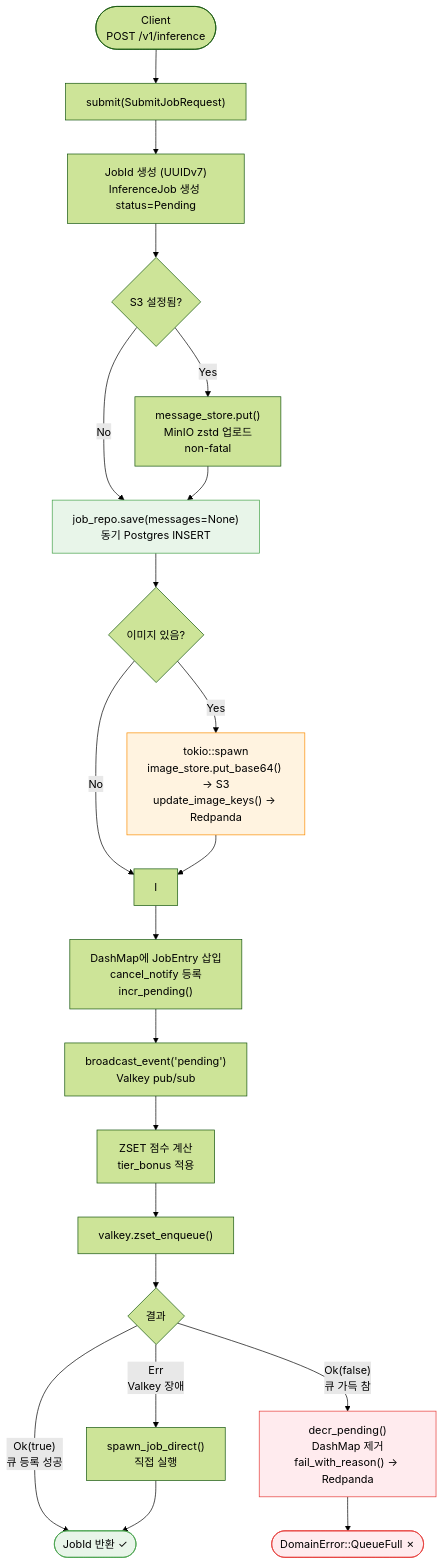
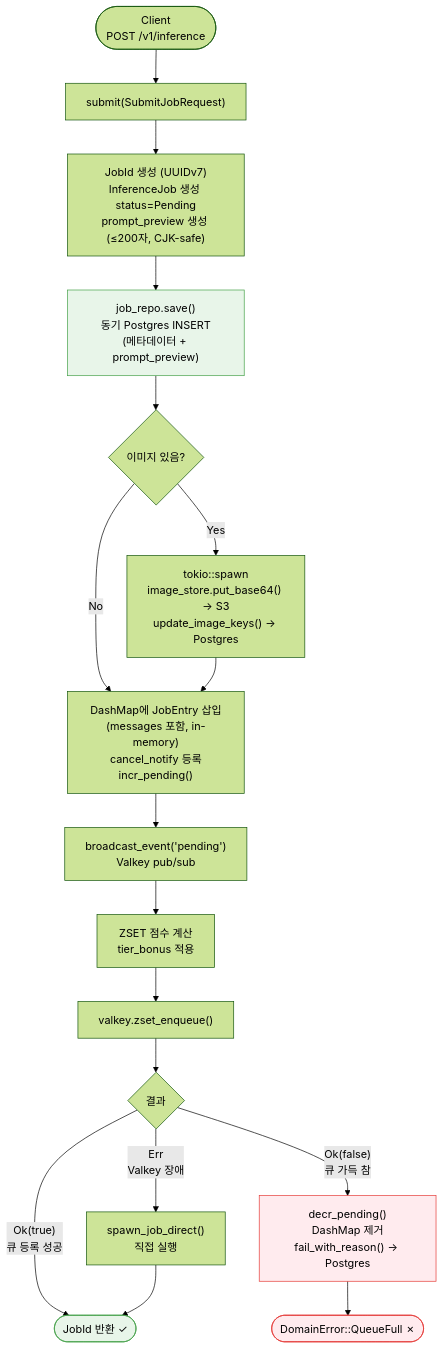
The second of 7 diagrams in docs/llm/flows/job-event-pipeline.md (beegy-labs/veronex), drawn with Mermaid (forest theme) before and after one commit. The commit also changed other lines of this file and 10 other files, not shown here.

````diff
--- a/docs/llm/flows/job-event-pipeline.md
+++ b/docs/llm/flows/job-event-pipeline.md
@@ -64,35 +56,30 @@
 ```mermaid
 flowchart TD
     A(["Client\nPOST /v1/inference"]) --> B["submit(SubmitJobRequest)"]
 
-    B --> C["JobId 생성 (UUIDv7)\nInferenceJob 생성 status=Pending"]
+    B --> C["JobId 생성 (UUIDv7)\nInferenceJob 생성 status=Pending\nprompt_preview 생성 (≤200자, CJK-safe)"]
 
-    C --> D{S3 설정됨?}
-    D -->|Yes| E["message_store.put()\nMinIO zstd 업로드\nnon-fatal"]
-    D -->|No| F
-    E --> F["job_repo.save(messages=None)\n동기 Postgres INSERT"]
+    C --> D["job_repo.save()\n동기 Postgres INSERT\n(메타데이터 + prompt_preview)"]
 
-    F --> G{이미지 있음?}
-    G -->|Yes| H["tokio::spawn\nimage_store.put_base64() → S3\nupdate_image_keys() → Redpanda"]
-    G -->|No| I
-    H --> I
+    D --> E{이미지 있음?}
+    E -->|Yes| F["tokio::spawn\nimage_store.put_base64() → S3\nupdate_image_keys() → Postgres"]
+    E -->|No| G
 
-    I --> J["DashMap에 JobEntry 삽입\ncancel_notify 등록\nincr_pending()"]
-    J --> K["broadcast_event('pending')\nValkey pub/sub"]
+    F --> G["DashMap에 JobEntry 삽입\n(messages 포함, in-memory)\ncancel_notify 등록\nincr_pending()"]
+    G --> H["broadcast_event('pending')\nValkey pub/sub"]
 
-    K --> L["ZSET 점수 계산\ntier_bonus 적용"]
-    L --> M["valkey.zset_enqueue()"]
+    H --> I["ZSET 점수 계산\ntier_bonus 적용"]
+    I --> J["valkey.zset_enqueue()"]
 
-    M --> N{결과}
-    N -->|"Ok(true)\n큐 등록 성공"| O(["JobId 반환 ✓"])
-    N -->|"Ok(false)\n큐 가득 참"| P["decr_pending()\nDashMap 제거\nfail_with_reason() → Redpanda"]
-    P --> Q(["DomainError::QueueFull ✗"])
-    N -->|"Err\nValkey 장애"| R["spawn_job_direct()\n직접 실행"]
-    R --> O
+    J --> K{결과}
+    K -->|"Ok(true)\n큐 등록 성공"| L(["JobId 반환 ✓"])
+    K -->|"Ok(false)\n큐 가득 참"| M["decr_pending()\nDashMap 제거\nfail_with_reason() → Postgres"]
+    M --> N(["DomainError::QueueFull ✗"])
+    K -->|"Err\nValkey 장애"| O["spawn_job_direct()\n직접 실행"]
+    O --> L
 
-    style F fill:#e8f5e9,stroke:#43a047
-    style H fill:#fff3e0,stroke:#fb8c00
-    style P fill:#ffebee,stroke:#e53935
-    style O fill:#e8f5e9,stroke:#43a047
-    style Q fill:#ffebee,stroke:#e53935
+    style D fill:#e8f5e9,stroke:#43a047
+    style M fill:#ffebee,stroke:#e53935
+    style L fill:#e8f5e9,stroke:#43a047
+    style N fill:#ffebee,stroke:#e53935
 ```
````
